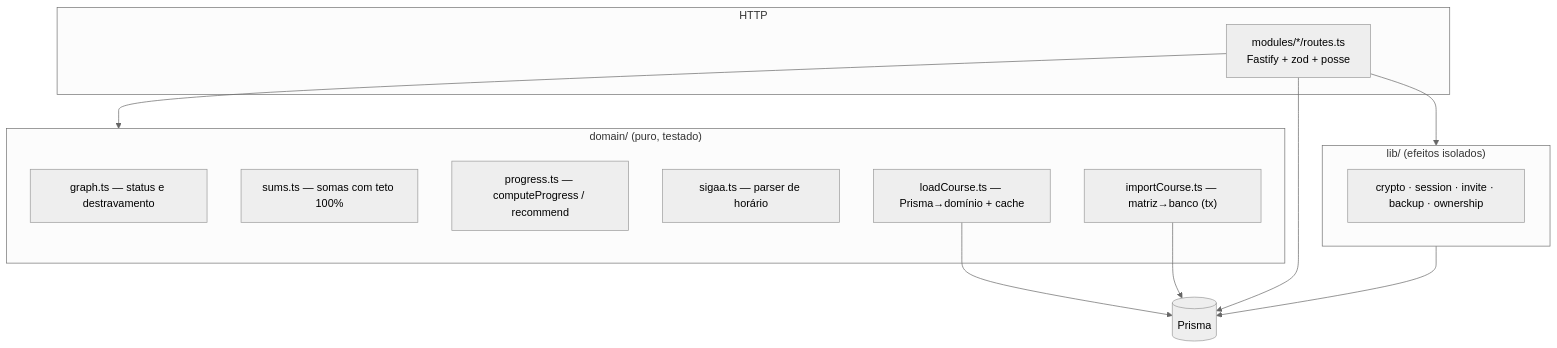
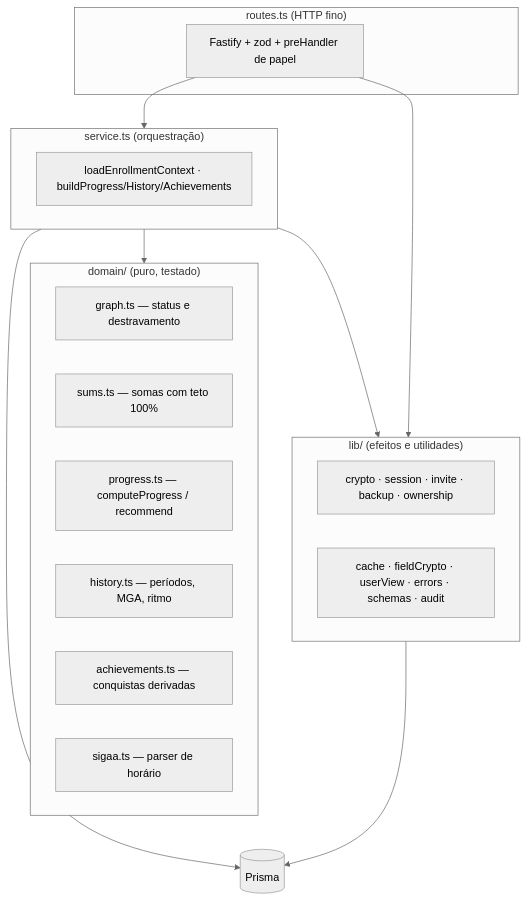
Before and after one commit to higorfs295/Painel_UFG: the third of 9 diagrams in docs/ARQUITETURA.md, drawn with Mermaid (neutral theme). The commit also changed other lines of this file and 6 other files, not shown here.

````diff
--- a/docs/ARQUITETURA.md
+++ b/docs/ARQUITETURA.md
@@ -78,23 +87,27 @@
 ```mermaid
 flowchart TD
-  subgraph HTTP
-    R["modules/*/routes.ts<br/>Fastify + zod + posse"]
+  subgraph HTTP["routes.ts (HTTP fino)"]
+    R["Fastify + zod + preHandler de papel"]
+  end
+  subgraph Serviço["service.ts (orquestração)"]
+    SV["loadEnrollmentContext · buildProgress/History/Achievements"]
   end
   subgraph Domínio["domain/ (puro, testado)"]
     G["graph.ts — status e destravamento"]
     S["sums.ts — somas com teto 100%"]
     P["progress.ts — computeProgress / recommend"]
+    H["history.ts — períodos, MGA, ritmo"]
+    A["achievements.ts — conquistas derivadas"]
     SI["sigaa.ts — parser de horário"]
-    L["loadCourse.ts — Prisma→domínio + cache"]
-    I["importCourse.ts — matriz→banco (tx)"]
   end
-  subgraph Serviços["lib/ (efeitos isolados)"]
+  subgraph Kit["lib/ (efeitos e utilidades)"]
     C["crypto · session · invite · backup · ownership"]
+    K["cache · fieldCrypto · userView · errors · schemas · audit"]
   end
-  R --> Domínio
-  R --> Serviços
-  L --> PR[("Prisma")]
-  I --> PR
-  Serviços --> PR
-  R --> PR
+  R --> Serviço
+  Serviço --> Domínio
+  Serviço --> Kit
+  R --> Kit
+  Serviço --> PR[("Prisma")]
+  Kit --> PR
 ```
````
